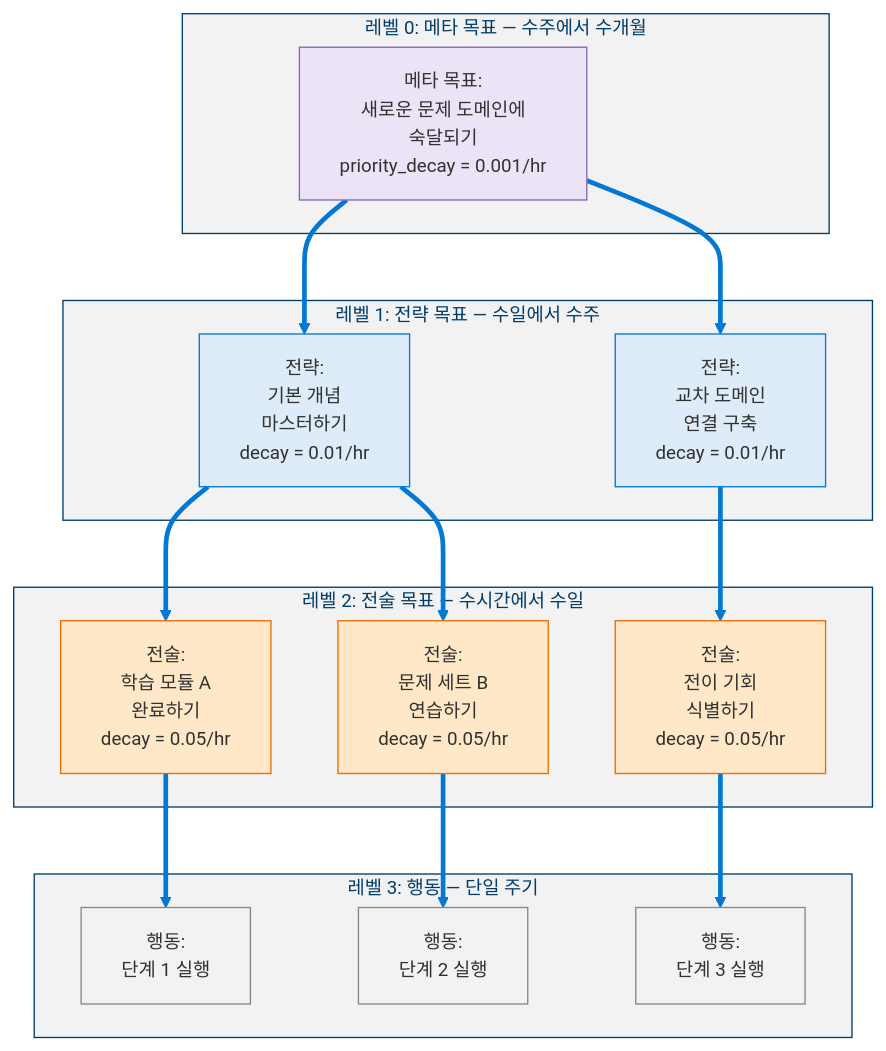
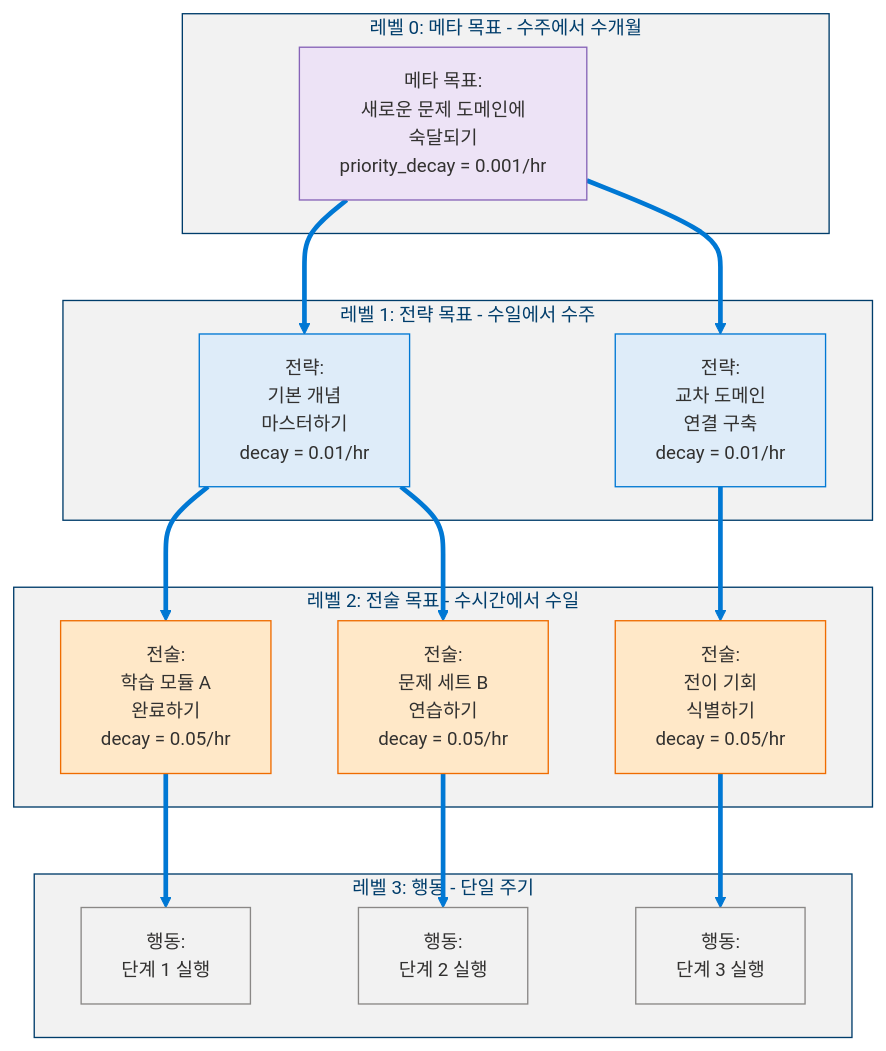
Before and after one commit to dotnetpower/mscp: the fourth of 14 diagrams in docs/levels/Level_4_Adaptive_General_Agent.ko.md, drawn with Mermaid. The commit also changed other lines of this file and 26 other files, not shown here.

````diff
--- a/docs/levels/Level_4_Adaptive_General_Agent.ko.md
+++ b/docs/levels/Level_4_Adaptive_General_Agent.ko.md
@@ -207,38 +207,38 @@
 ```mermaid
 %%{init: {'theme': 'base', 'themeVariables': {'primaryColor': '#0078D4', 'primaryTextColor': '#003D6B', 'primaryBorderColor': '#003D6B', 'secondaryColor': '#50E6FF', 'secondaryTextColor': '#323130', 'secondaryBorderColor': '#00BCF2', 'tertiaryColor': '#F2F2F2', 'tertiaryTextColor': '#323130', 'lineColor': '#0078D4', 'textColor': '#323130', 'mainBkg': '#DEECF9', 'nodeBorder': '#0078D4', 'clusterBkg': '#F2F2F2', 'clusterBorder': '#003D6B', 'titleColor': '#003D6B', 'edgeLabelBackground': '#FFFFFF', 'fontSize': '14px'}}}%%
 flowchart TD
   classDef meta fill:#EDE3F6,stroke:#8764B8,color:#323130
   classDef strategic fill:#DEECF9,stroke:#0078D4,color:#323130
   classDef tactical fill:#FFE8C8,stroke:#EF6C00,color:#323130
   classDef action fill:#F2F2F2,stroke:#8A8886,color:#323130
 
-  subgraph MetaLevel["레벨 0: 메타 목표 — 수주에서 수개월"]
+  subgraph MetaLevel["레벨 0: 메타 목표 - 수주에서 수개월"]
     MG1["메타 목표:<br/>새로운 문제 도메인에<br/>숙달되기<br/>priority_decay = 0.001/hr"]:::meta
   end
 
-  subgraph StrategicLevel["레벨 1: 전략 목표 — 수일에서 수주"]
+  subgraph StrategicLevel["레벨 1: 전략 목표 - 수일에서 수주"]
     SG1["전략:<br/>기본 개념<br/>마스터하기<br/>decay = 0.01/hr"]:::strategic
     SG2["전략:<br/>교차 도메인<br/>연결 구축<br/>decay = 0.01/hr"]:::strategic
   end
 
-  subgraph TacticalLevel["레벨 2: 전술 목표 — 수시간에서 수일"]
+  subgraph TacticalLevel["레벨 2: 전술 목표 - 수시간에서 수일"]
     TG1["전술:<br/>학습 모듈 A<br/>완료하기<br/>decay = 0.05/hr"]:::tactical
     TG2["전술:<br/>문제 세트 B<br/>연습하기<br/>decay = 0.05/hr"]:::tactical
     TG3["전술:<br/>전이 기회<br/>식별하기<br/>decay = 0.05/hr"]:::tactical
   end
 
-  subgraph ActionLevel["레벨 3: 행동 — 단일 주기"]
+  subgraph ActionLevel["레벨 3: 행동 - 단일 주기"]
     A1["행동:<br/>단계 1 실행"]:::action
     A2["행동:<br/>단계 2 실행"]:::action
     A3["행동:<br/>단계 3 실행"]:::action
   end
 
   MG1 ==> SG1
   MG1 ==> SG2
   SG1 ==> TG1
   SG1 ==> TG2
   SG2 ==> TG3
   TG1 ==> A1
   TG2 ==> A2
   TG3 ==> A3
 ```
````
